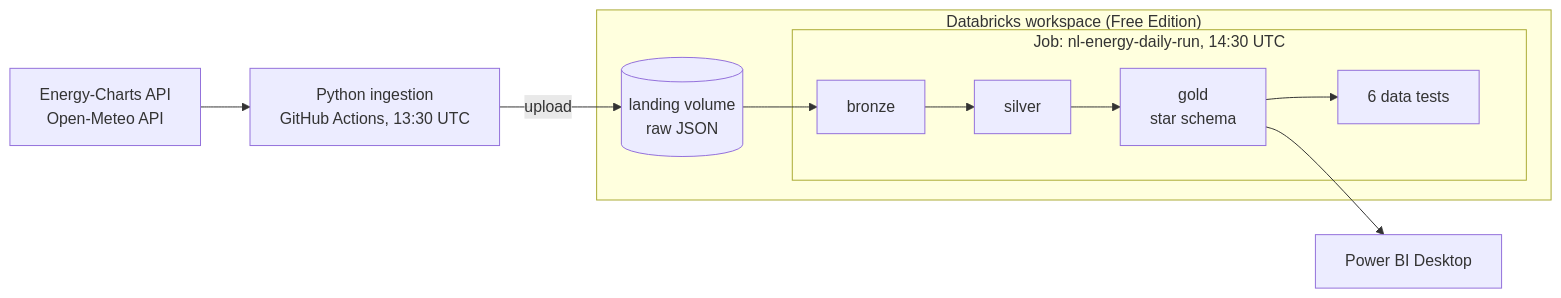
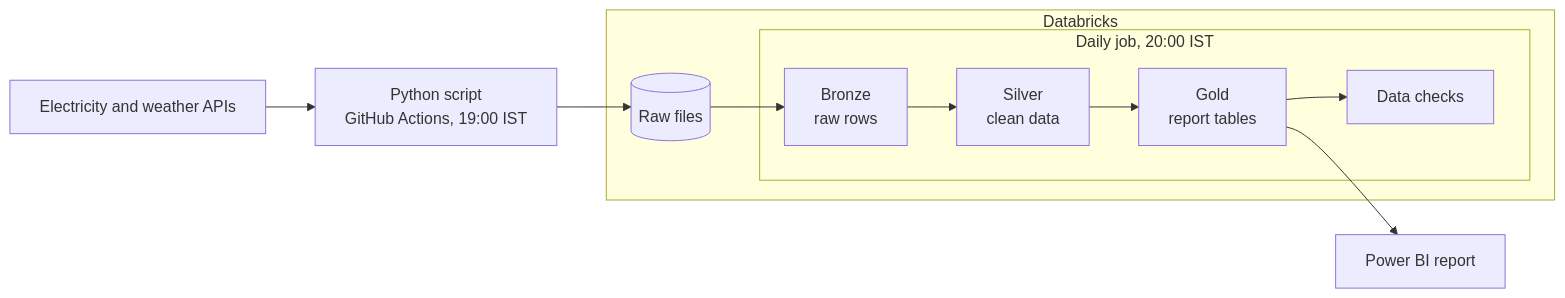
The diagram in README.md (coderajyash/nl-energy-lakehouse), drawn with Mermaid before and after one commit. The commit also changed other lines of this file, not shown here.

````diff
--- a/README.md
+++ b/README.md
@@ -39,15 +64,15 @@
 ```mermaid
 flowchart LR
-    API["Energy-Charts API<br/>Open-Meteo API"] --> ING["Python ingestion<br/>GitHub Actions, 13:30 UTC"]
+    API["Electricity and weather APIs"] --> ING["Python script<br/>GitHub Actions, 19:00 IST"]
 
-    subgraph DBX["Databricks workspace (Free Edition)"]
-        VOL[("landing volume<br/>raw JSON")]
-        subgraph JOB["Job: nl-energy-daily-run, 14:30 UTC"]
-            BR["bronze"] --> SI["silver"] --> GO["gold<br/>star schema"] --> TE["6 data tests"]
+    subgraph DBX["Databricks"]
+        VOL[("Raw files")]
+        subgraph JOB["Daily job, 20:00 IST"]
+            BR["Bronze<br/>raw rows"] --> SI["Silver<br/>clean data"] --> GO["Gold<br/>report tables"] --> TE["Data checks"]
         end
         VOL --> BR
     end
 
-    ING -- "upload" --> VOL
-    GO --> PBI["Power BI Desktop"]
+    ING --> VOL
+    GO --> PBI["Power BI report"]
 ```
````
